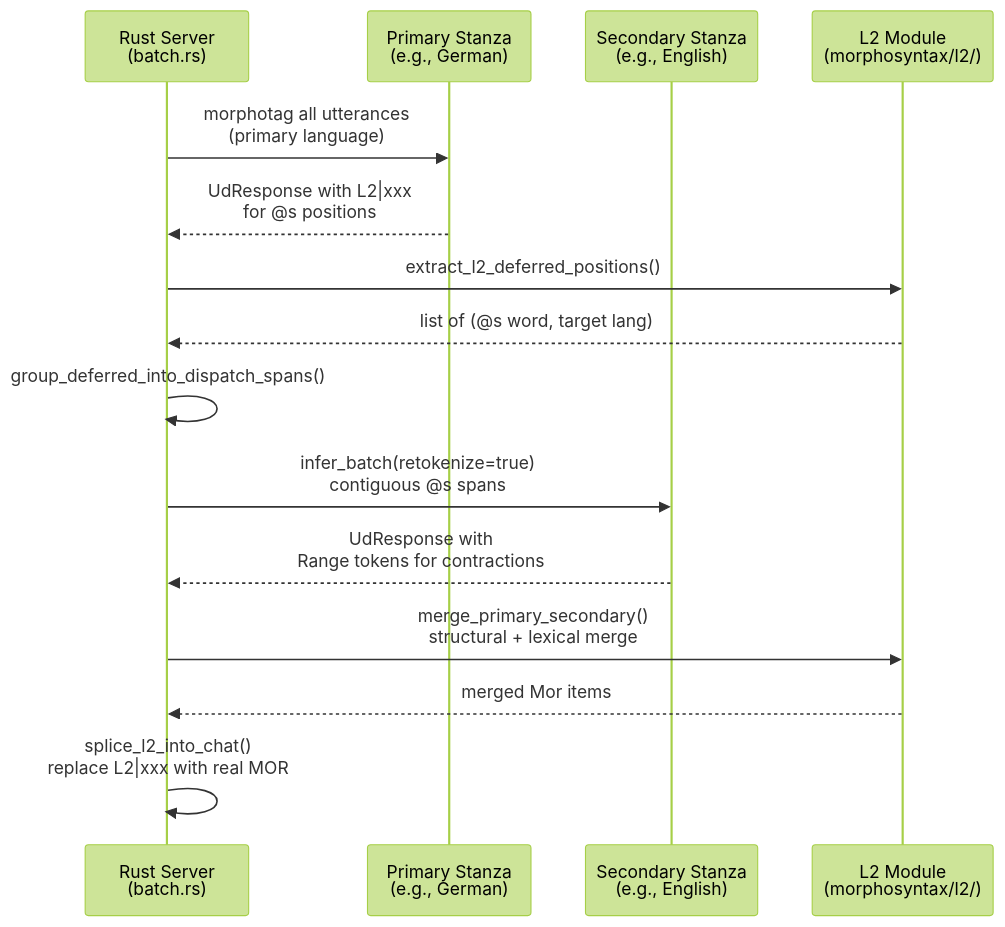
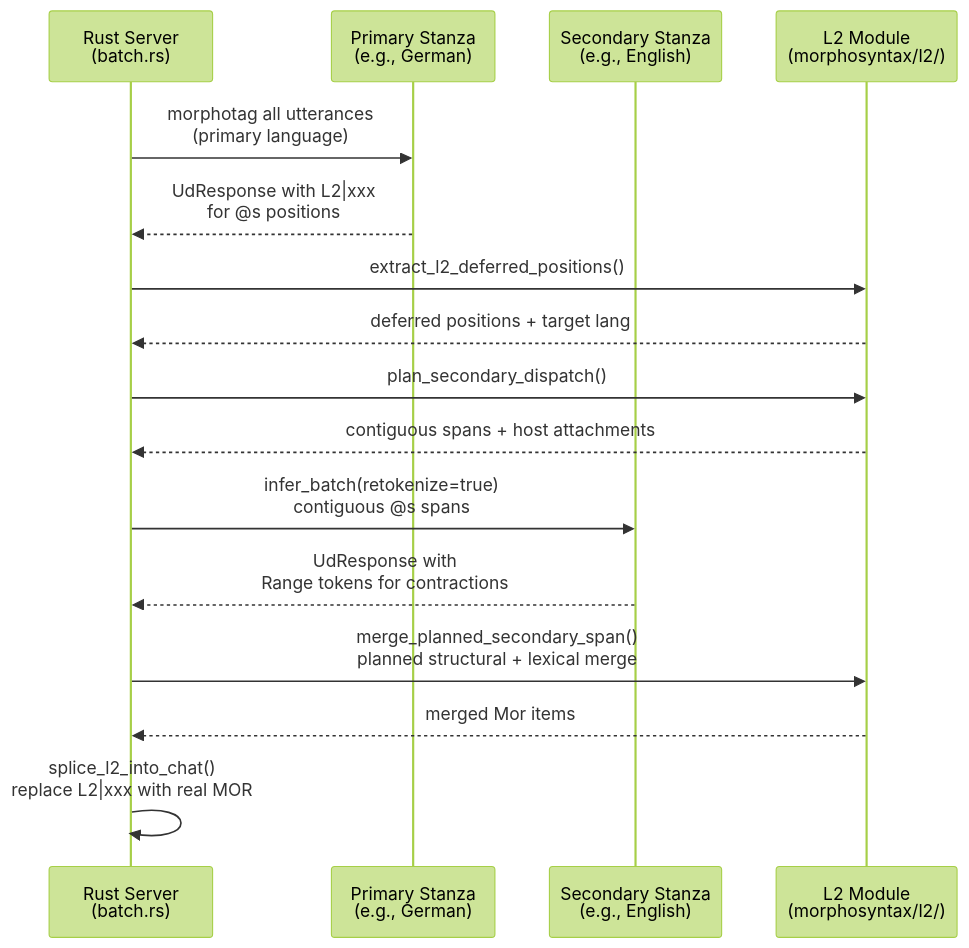
One commit to TalkBank/talkbank-tools changed the third of 3 diagrams in book/src/batchalign/reference/morphosyntax.md. Above: the diagram before and after it, drawn with Mermaid (forest theme). The commit also changed other lines of this file and 205 other files, not shown here.

````diff
--- a/book/src/batchalign/reference/morphosyntax.md
+++ b/book/src/batchalign/reference/morphosyntax.md
@@ -590,18 +590,19 @@
 ```mermaid
 sequenceDiagram
     participant R as Rust Server<br/>(batch.rs)
     participant P1 as Primary Stanza<br/>(e.g., German)
     participant P2 as Secondary Stanza<br/>(e.g., English)
     participant L2 as L2 Module<br/>(morphosyntax/l2/)
 
     R->>P1: morphotag all utterances<br/>(primary language)
     P1-->>R: UdResponse with L2|xxx<br/>for @s positions
     R->>L2: extract_l2_deferred_positions()
-    L2-->>R: list of (@s word, target lang)
-    R->>R: group_deferred_into_dispatch_spans()
+    L2-->>R: deferred positions + target lang
+    R->>L2: plan_secondary_dispatch()
+    L2-->>R: contiguous spans + host attachments
     R->>P2: infer_batch(retokenize=true)<br/>contiguous @s spans
     P2-->>R: UdResponse with<br/>Range tokens for contractions
-    R->>L2: merge_primary_secondary()<br/>structural + lexical merge
+    R->>L2: merge_planned_secondary_span()<br/>planned structural + lexical merge
     L2-->>R: merged Mor items
     R->>R: splice_l2_into_chat()<br/>replace L2|xxx with real MOR
 ```
````
